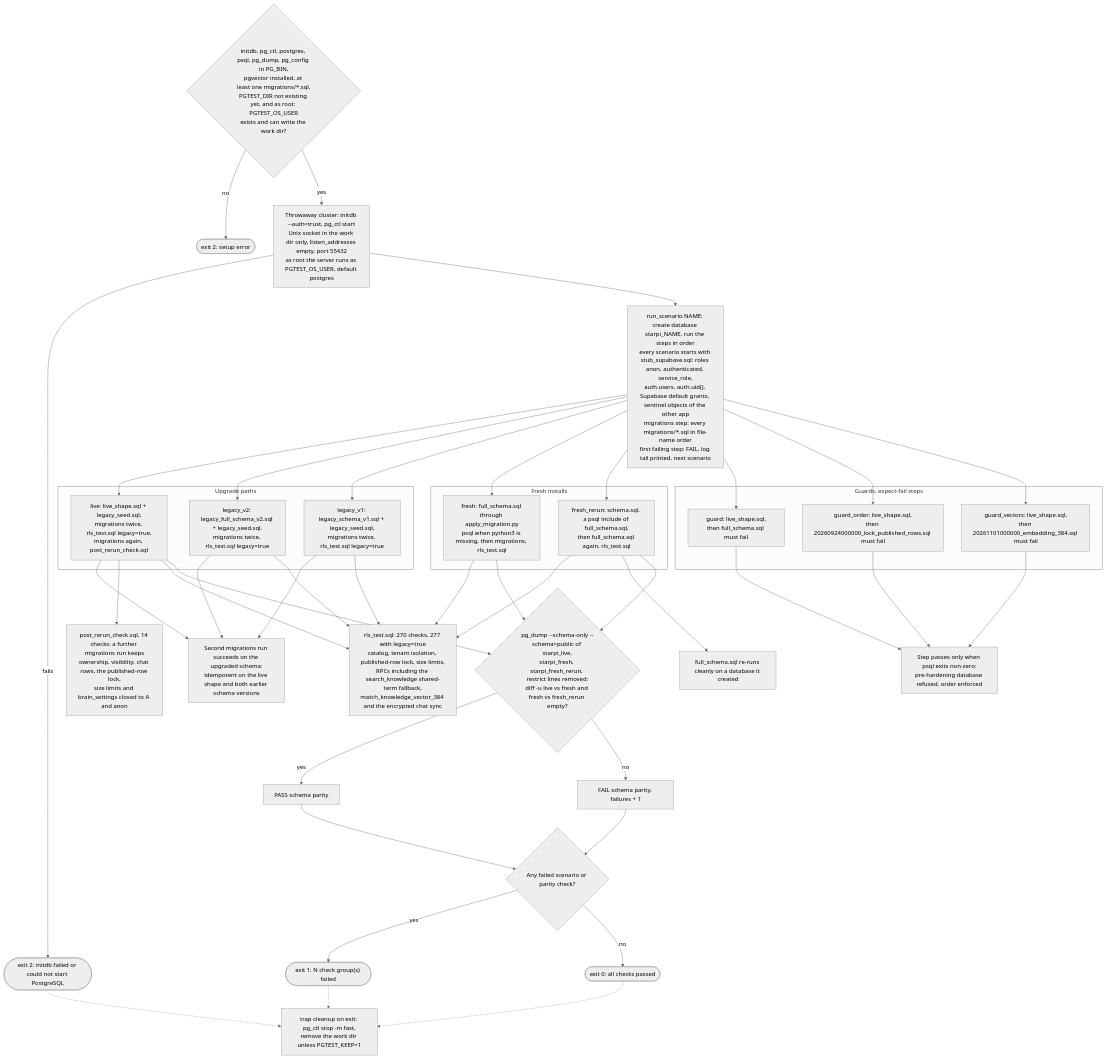
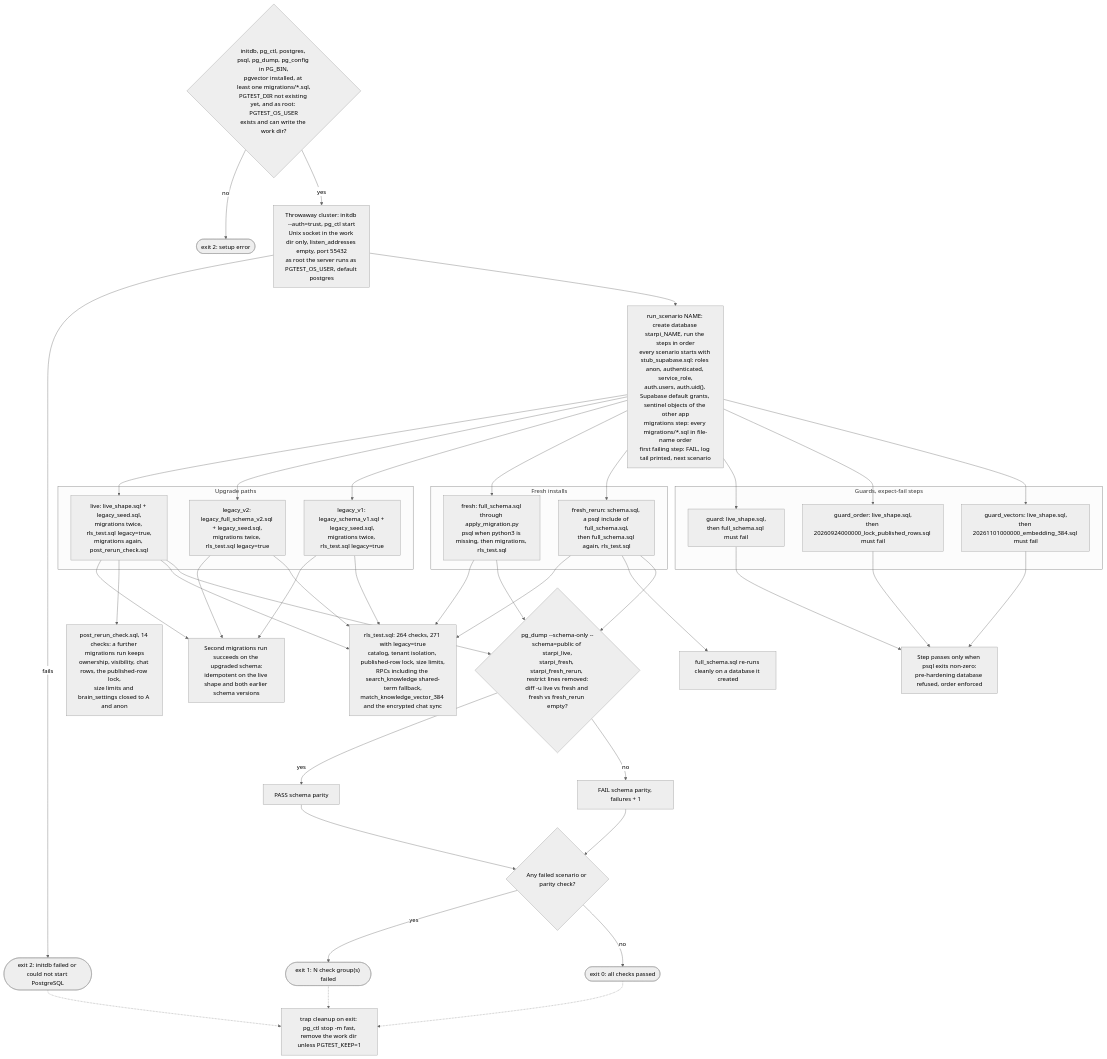
Before and after one commit to umutcantezgel-cpu/Starpi: the sixth of 6 diagrams in backend/supabase/README.md, drawn with Mermaid (neutral theme). The commit also changed other lines of this file and 1 other file, not shown here.

Commit message:
docs(db): the RLS harness runs 264 checks per scenario, 271 with legacy rows
Counted from the expect_* calls in backend/supabase/tests/rls_test.sql (7 sit in the legacy-only block).

Claude-Session: https://claude.ai/code/session_01XGH5MEoAFr6EfwsbiNVqPf

````diff
--- a/backend/supabase/README.md
+++ b/backend/supabase/README.md
@@ -621,71 +621,71 @@
 ```mermaid
 flowchart TD
     setup{"initdb, pg_ctl, postgres, psql, pg_dump, pg_config in PG_BIN,<br/>pgvector installed, at least one migrations/*.sql,<br/>PGTEST_DIR not existing yet, and as root: PGTEST_OS_USER<br/>exists and can write the work dir?"}
     setupErr(["exit 2: setup error"])
     cluster["Throwaway cluster: initdb --auth=trust, pg_ctl start<br/>Unix socket in the work dir only, listen_addresses empty, port 55432<br/>as root the server runs as PGTEST_OS_USER, default postgres"]
     setup -->|"no"| setupErr
     setup -->|"yes"| cluster
     clusterErr(["exit 2: initdb failed or could not start PostgreSQL"])
     cluster -->|"fails"| clusterErr
     scen["run_scenario NAME: create database starpi_NAME, run the steps in order<br/>every scenario starts with stub_supabase.sql: roles anon, authenticated, service_role,<br/>auth.users, auth.uid(), Supabase default grants, sentinel objects of the other app<br/>migrations step: every migrations/*.sql in file-name order<br/>first failing step: FAIL, log tail printed, next scenario"]
     cluster --> scen
 
     subgraph sg_upgrade["Upgrade paths"]
         live["live: live_shape.sql + legacy_seed.sql,<br/>migrations twice, rls_test.sql legacy=true,<br/>migrations again, post_rerun_check.sql"]
         v2["legacy_v2: legacy_full_schema_v2.sql + legacy_seed.sql,<br/>migrations twice, rls_test.sql legacy=true"]
         v1["legacy_v1: legacy_schema_v1.sql + legacy_seed.sql,<br/>migrations twice, rls_test.sql legacy=true"]
     end
     subgraph sg_fresh["Fresh installs"]
         fresh["fresh: full_schema.sql through apply_migration.py<br/>psql when python3 is missing, then migrations, rls_test.sql"]
         rerunS["fresh_rerun: schema.sql, a psql include of full_schema.sql,<br/>then full_schema.sql again, rls_test.sql"]
     end
     subgraph sg_guard["Guards, expect-fail steps"]
         guard["guard: live_shape.sql,<br/>then full_schema.sql must fail"]
         guardOrder["guard_order: live_shape.sql,<br/>then 20260924000000_lock_published_rows.sql must fail"]
         guardVectors["guard_vectors: live_shape.sql,<br/>then 20261101000000_embedding_384.sql must fail"]
     end
     scen --> live
     scen --> v2
     scen --> v1
     scen --> fresh
     scen --> rerunS
     scen --> guard
     scen --> guardOrder
     scen --> guardVectors
 
     aIdem["Second migrations run succeeds on the upgraded schema:<br/>idempotent on the live shape and both earlier schema versions"]
-    aRls["rls_test.sql: 270 checks, 277 with legacy=true<br/>catalog, tenant isolation, published-row lock, size limits,<br/>RPCs including the search_knowledge shared-term fallback,<br/>match_knowledge_vector_384 and the encrypted chat sync"]
+    aRls["rls_test.sql: 264 checks, 271 with legacy=true<br/>catalog, tenant isolation, published-row lock, size limits,<br/>RPCs including the search_knowledge shared-term fallback,<br/>match_knowledge_vector_384 and the encrypted chat sync"]
     aPost["post_rerun_check.sql, 14 checks: a further migrations run keeps<br/>ownership, visibility, chat rows, the published-row lock,<br/>size limits and brain_settings closed to A and anon"]
     aGuard["Step passes only when psql exits non-zero:<br/>pre-hardening database refused, order enforced"]
     aFreshRerun["full_schema.sql re-runs cleanly on a database it created"]
     live --> aIdem
     v2 --> aIdem
     v1 --> aIdem
     live --> aPost
     live --> aRls
     v2 --> aRls
     v1 --> aRls
     fresh --> aRls
     rerunS --> aRls
     rerunS --> aFreshRerun
     guard --> aGuard
     guardOrder --> aGuard
     guardVectors --> aGuard
 
     parity{"pg_dump --schema-only --schema=public of starpi_live,<br/>starpi_fresh, starpi_fresh_rerun, restrict lines removed:<br/>diff -u live vs fresh and fresh vs fresh_rerun empty?"}
     live --> parity
     fresh --> parity
     rerunS --> parity
     parity -->|"yes"| parityOk["PASS schema parity"]
     parity -->|"no"| parityFail["FAIL schema parity, failures + 1"]
 
     result{"Any failed scenario or parity check?"}
     parityOk --> result
     parityFail --> result
     result -->|"yes"| exit1(["exit 1: N check group(s) failed"])
     result -->|"no"| exit0(["exit 0: all checks passed"])
     cleanup["trap cleanup on exit: pg_ctl stop -m fast,<br/>remove the work dir unless PGTEST_KEEP=1"]
     exit1 -.-> cleanup
     exit0 -.-> cleanup
     clusterErr -.-> cleanup
 ```
````
